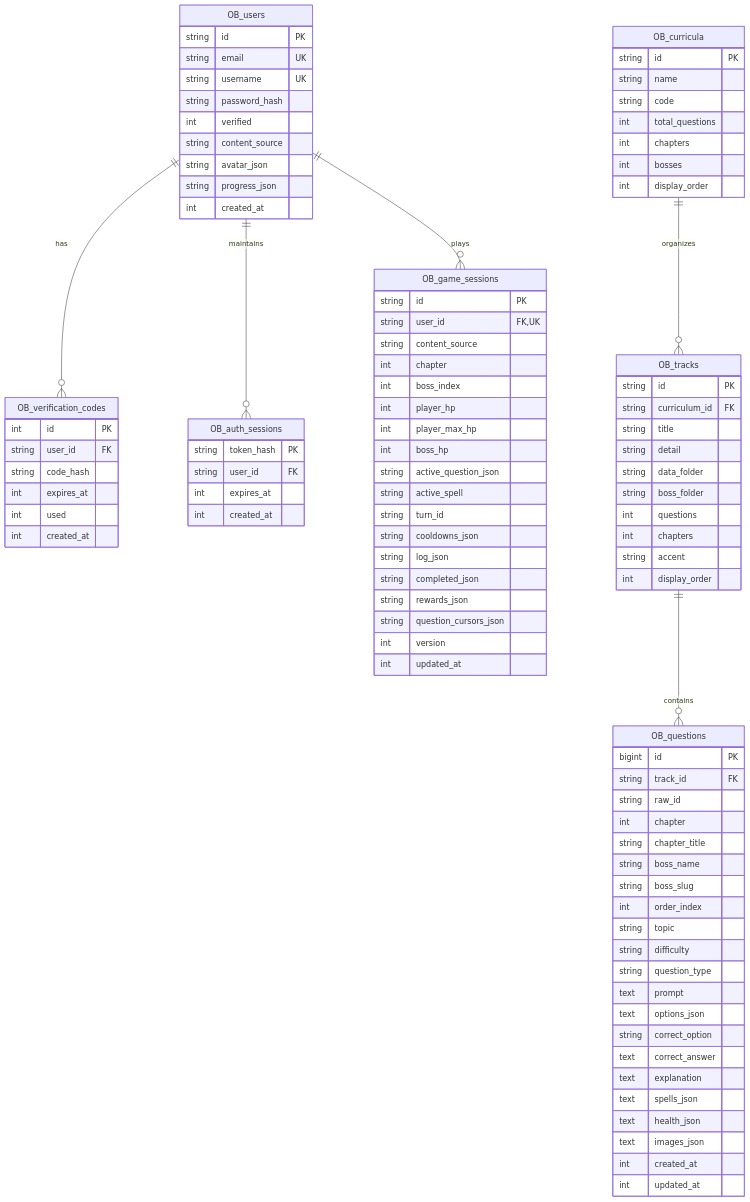
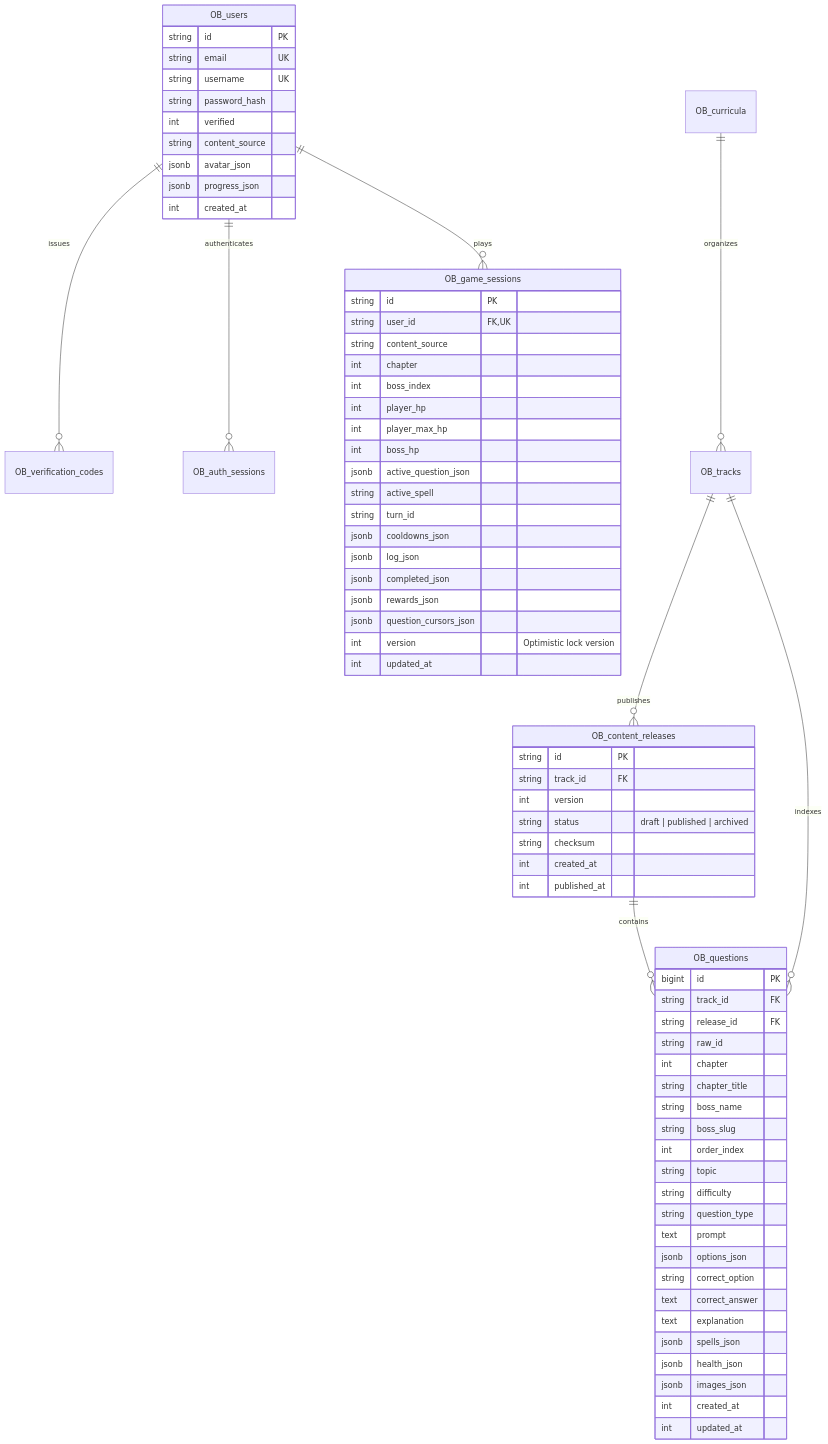
One commit to DKxi/OrganicBattlesProductionUpgrade changed the fourth of 5 diagrams in cookbook.md. Above: the diagram before and after it, drawn with Mermaid. The commit also changed other lines of this file, not shown here.

Commit message:
docs: modernize and expand cookbook.md with complete architecture, invariant guards, diagrams, and operational constraints

````diff
--- a/cookbook.md
+++ b/cookbook.md
@@ -341,10 +436,12 @@
 ```mermaid
 erDiagram
-    OB_users ||--o{ OB_verification_codes : has
-    OB_users ||--o{ OB_auth_sessions : maintains
-    OB_users ||--o{ OB_game_sessions : plays
-    OB_curricula ||--o{ OB_tracks : organizes
-    OB_tracks ||--o{ OB_questions : contains
+    OB_users ||--o{ OB_verification_codes : "issues"
+    OB_users ||--o{ OB_auth_sessions : "authenticates"
+    OB_users ||--o{ OB_game_sessions : "plays"
+    OB_curricula ||--o{ OB_tracks : "organizes"
+    OB_tracks ||--o{ OB_content_releases : "publishes"
+    OB_content_releases ||--o{ OB_questions : "contains"
+    OB_tracks ||--o{ OB_questions : "indexes"
 
     OB_users {
         string id PK
@@ -353,24 +450,8 @@
         string password_hash
         int verified
         string content_source
-        string avatar_json
-        string progress_json
-        int created_at
-    }
-
-    OB_verification_codes {
-        int id PK
-        string user_id FK
-        string code_hash
-        int expires_at
-        int used
-        int created_at
-    }
-
-    OB_auth_sessions {
-        string token_hash PK
-        string user_id FK
-        int expires_at
+        jsonb avatar_json
+        jsonb progress_json
         int created_at
     }
 
@@ -383,44 +464,32 @@
         int player_hp
         int player_max_hp
         int boss_hp
-        string active_question_json
+        jsonb active_question_json
         string active_spell
         string turn_id
-        string cooldowns_json
-        string log_json
-        string completed_json
-        string rewards_json
-        string question_cursors_json
-        int version
+        jsonb cooldowns_json
+        jsonb log_json
+        jsonb completed_json
+        jsonb rewards_json
+        jsonb question_cursors_json
+        int version "Optimistic lock version"
         int updated_at
     }
 
-    OB_curricula {
+    OB_content_releases {
         string id PK
-        string name
-        string code
-        int total_questions
-        int chapters
-        int bosses
-        int display_order
-    }
-
-    OB_tracks {
-        string id PK
-        string curriculum_id FK
-        string title
-        string detail
-        string data_folder
-        string boss_folder
-        int questions
-        int chapters
-        string accent
-        int display_order
+        string track_id FK
+        int version
+        string status "draft | published | archived"
+        string checksum
+        int created_at
+        int published_at
     }
 
     OB_questions {
         bigint id PK
         string track_id FK
+        string release_id FK
         string raw_id
         int chapter
         string chapter_title
@@ -431,13 +500,13 @@
         string difficulty
         string question_type
         text prompt
-        text options_json
+        jsonb options_json
         string correct_option
         text correct_answer
         text explanation
-        text spells_json
-        text health_json
-        text images_json
+        jsonb spells_json
+        jsonb health_json
+        jsonb images_json
         int created_at
         int updated_at
     }
````
